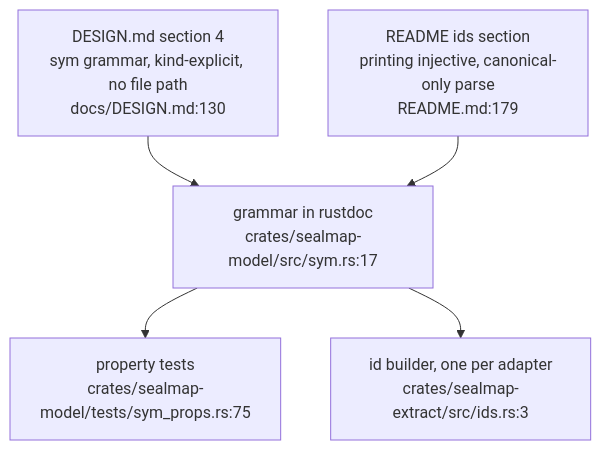
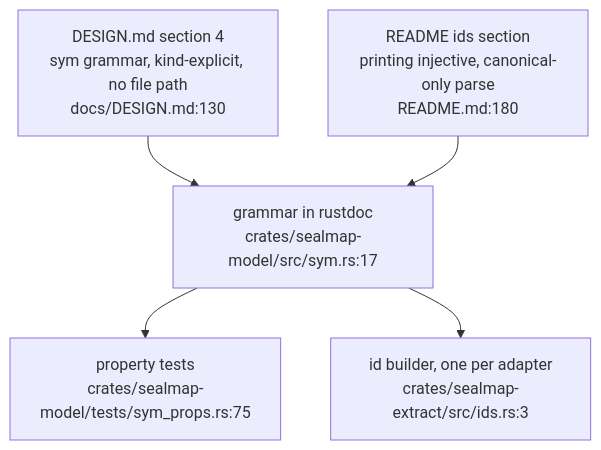
Before and after one commit to DreamLab-AI/codemaid: the sixth of 6 diagrams in docs/diagrams/model/01-the-sym-id-grammar.md, drawn with Mermaid. The commit also changed other lines of this file and 23 other files, not shown here.

````diff
--- a/docs/diagrams/model/01-the-sym-id-grammar.md
+++ b/docs/diagrams/model/01-the-sym-id-grammar.md
@@ -271,12 +271,12 @@
 ```mermaid
 flowchart TB
     D1["DESIGN.md section 4<br/>sym grammar, kind-explicit, no file path<br/>docs/DESIGN.md:130"]
-    D2["README ids section<br/>printing injective, canonical-only parse<br/>README.md:179"]
+    D2["README ids section<br/>printing injective, canonical-only parse<br/>README.md:180"]
     C1["grammar in rustdoc<br/>crates/sealmap-model/src/sym.rs:17"]
     C2["property tests<br/>crates/sealmap-model/tests/sym_props.rs:75"]
     C3["id builder, one per adapter<br/>crates/sealmap-extract/src/ids.rs:3"]
     D1 --> C1
     D2 --> C1
     C1 --> C2
     C1 --> C3
 ```
````
